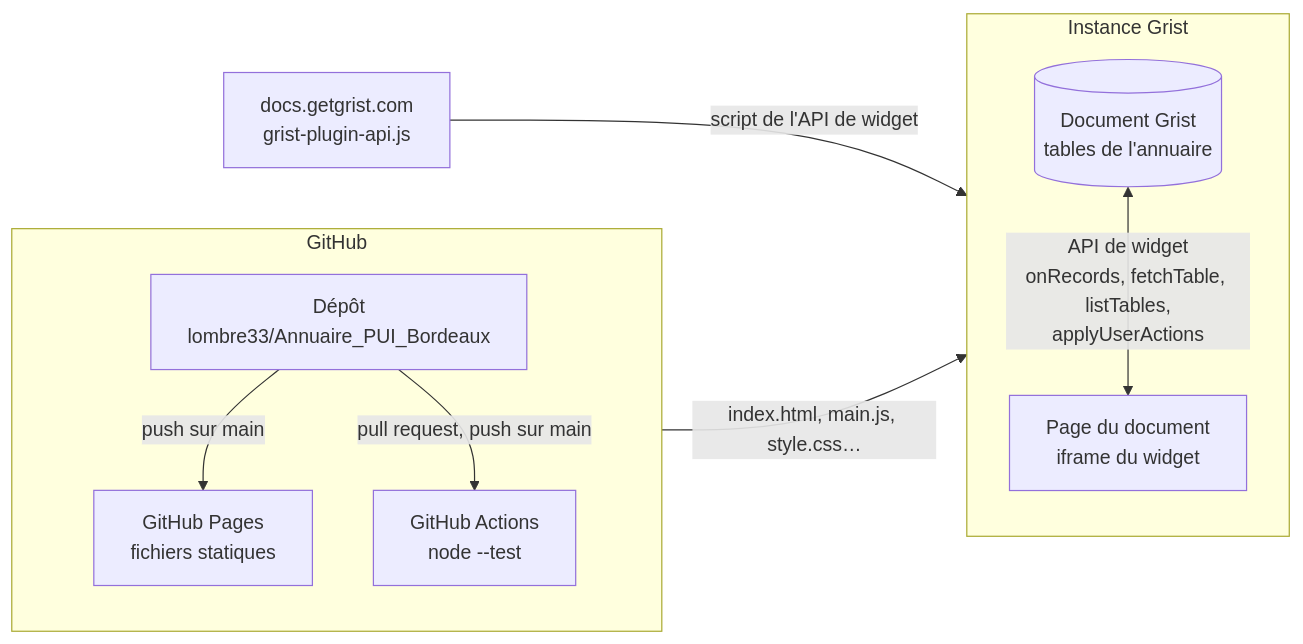
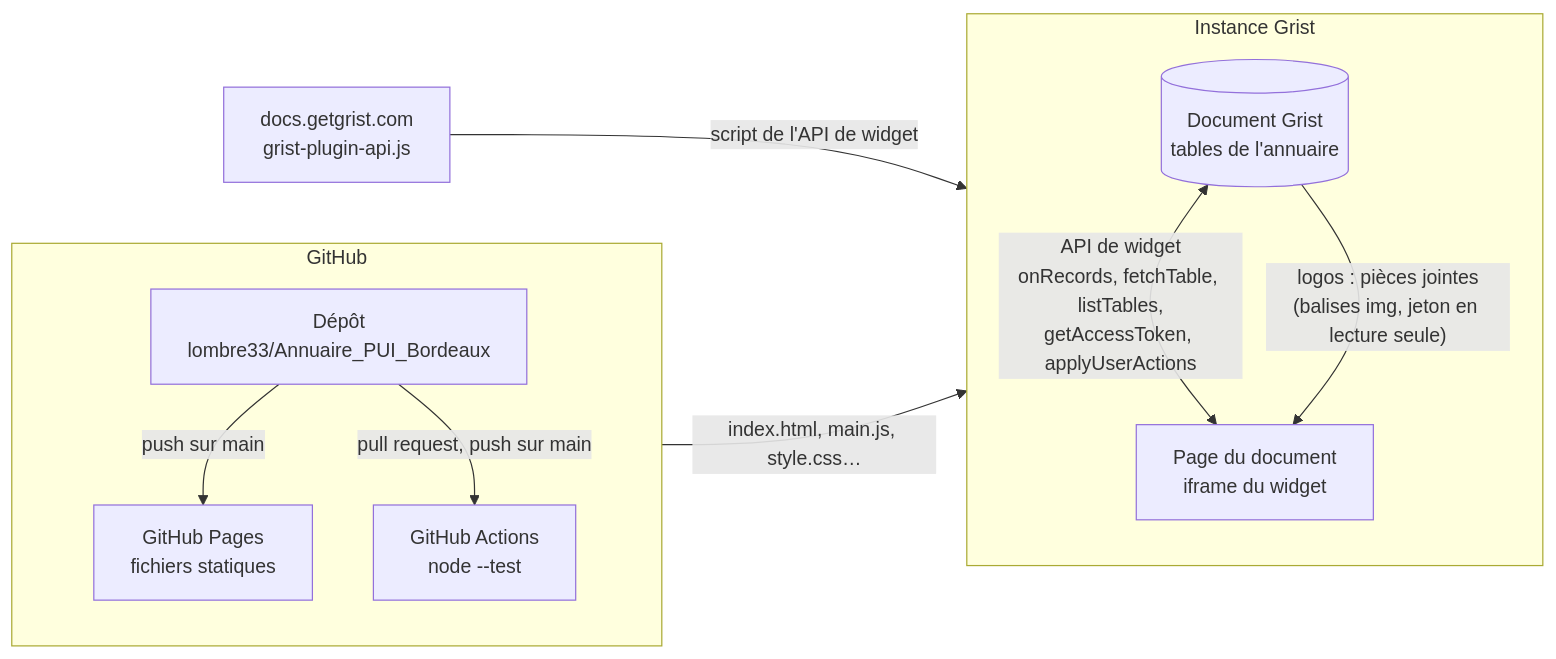
The first of 6 diagrams in docs/developpeurs.md (lombre33/Annuaire_PUI_Bordeaux), drawn with Mermaid before and after one commit. The commit also changed other lines of this file and 34 other files, not shown here.

````diff
--- a/docs/developpeurs.md
+++ b/docs/developpeurs.md
@@ -32,20 +33,21 @@
 ```mermaid
 flowchart LR
     subgraph grist["Instance Grist"]
         direction TB
         doc[("Document Grist<br/>tables de l'annuaire")]
         page["Page du document<br/>iframe du widget"]
-        doc <-->|"API de widget<br/>onRecords, fetchTable, listTables,<br/>applyUserActions"| page
+        doc <-->|"API de widget<br/>onRecords, fetchTable, listTables,<br/>getAccessToken, applyUserActions"| page
+        doc -->|"logos : pièces jointes<br/>(balises img, jeton en lecture seule)"| page
     end
     subgraph github["GitHub"]
         direction TB
         repo["Dépôt<br/>lombre33/Annuaire_PUI_Bordeaux"]
         pages["GitHub Pages<br/>fichiers statiques"]
         ci["GitHub Actions<br/>node --test"]
         repo -->|"push sur main"| pages
         repo -->|"pull request, push sur main"| ci
     end
     api["docs.getgrist.com<br/>grist-plugin-api.js"]
     pages -->|"index.html, main.js, style.css…"| page
     api -->|"script de l'API de widget"| page
 ```
````
